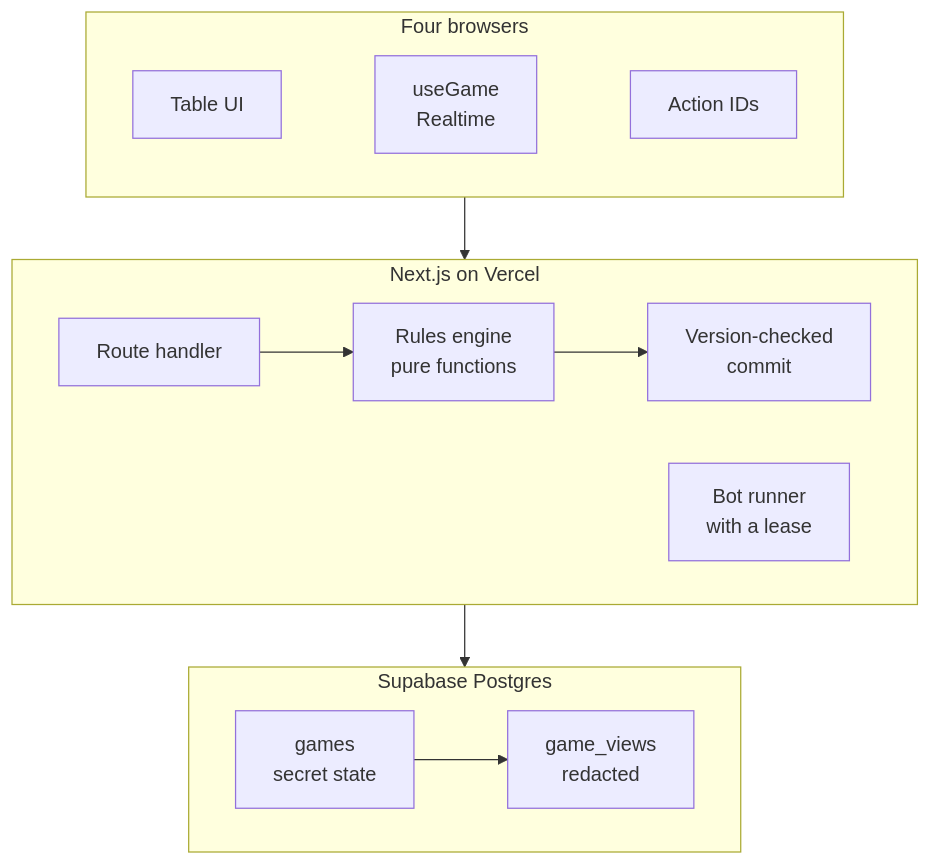
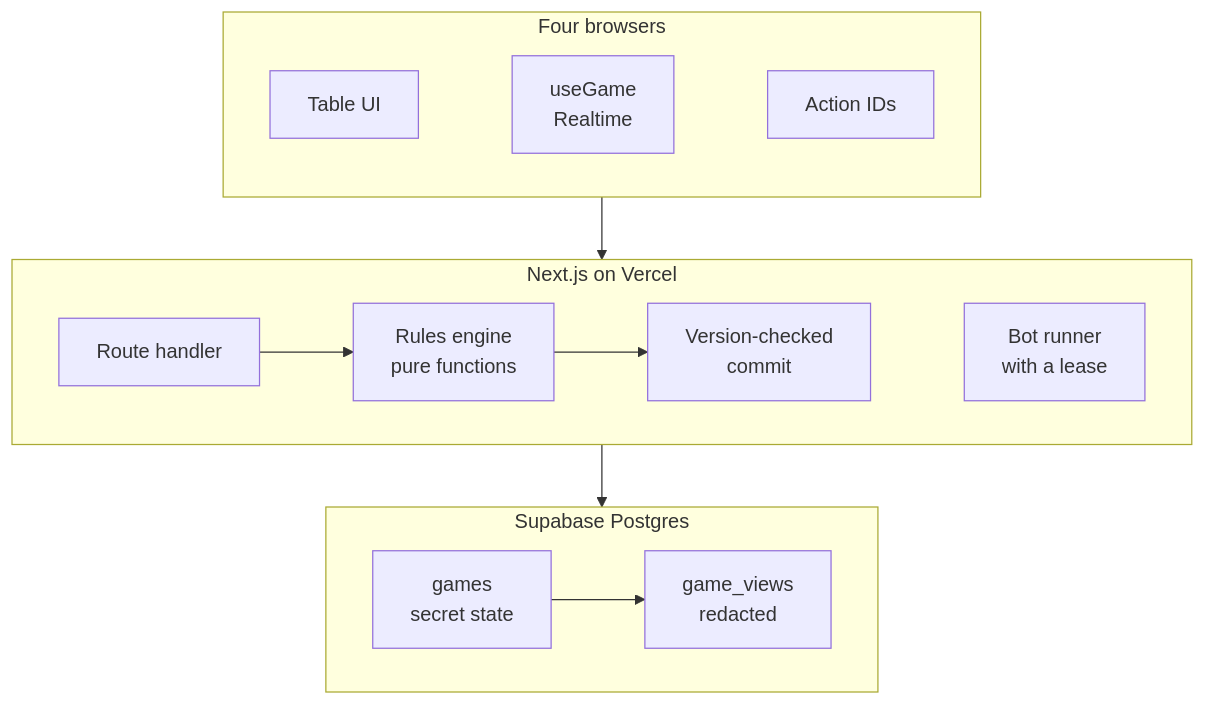
The diagram in README.md (bhnsadhu/cambio), drawn with Mermaid before and after one commit.

Commit message:
docs: keep the bot runner on the server row of the diagram

````diff
--- a/README.md
+++ b/README.md
@@ -45,18 +45,18 @@
 ```mermaid
 flowchart TD
   subgraph browsers["Four browsers"]
     direction LR
     ui["Table UI"] ~~~ hook["useGame<br/>Realtime"] ~~~ id["Action IDs"]
   end
   subgraph server["Next.js on Vercel"]
     direction LR
     api["Route handler"] --> engine["Rules engine<br/>pure functions"] --> commit["Version-checked<br/>commit"]
-    runner["Bot runner<br/>with a lease"]
+    commit ~~~ runner["Bot runner<br/>with a lease"]
   end
   subgraph db["Supabase Postgres"]
     direction LR
     games["games<br/>secret state"] --> views["game_views<br/>redacted"]
   end
   browsers --> server
   server --> db
 ```
````
